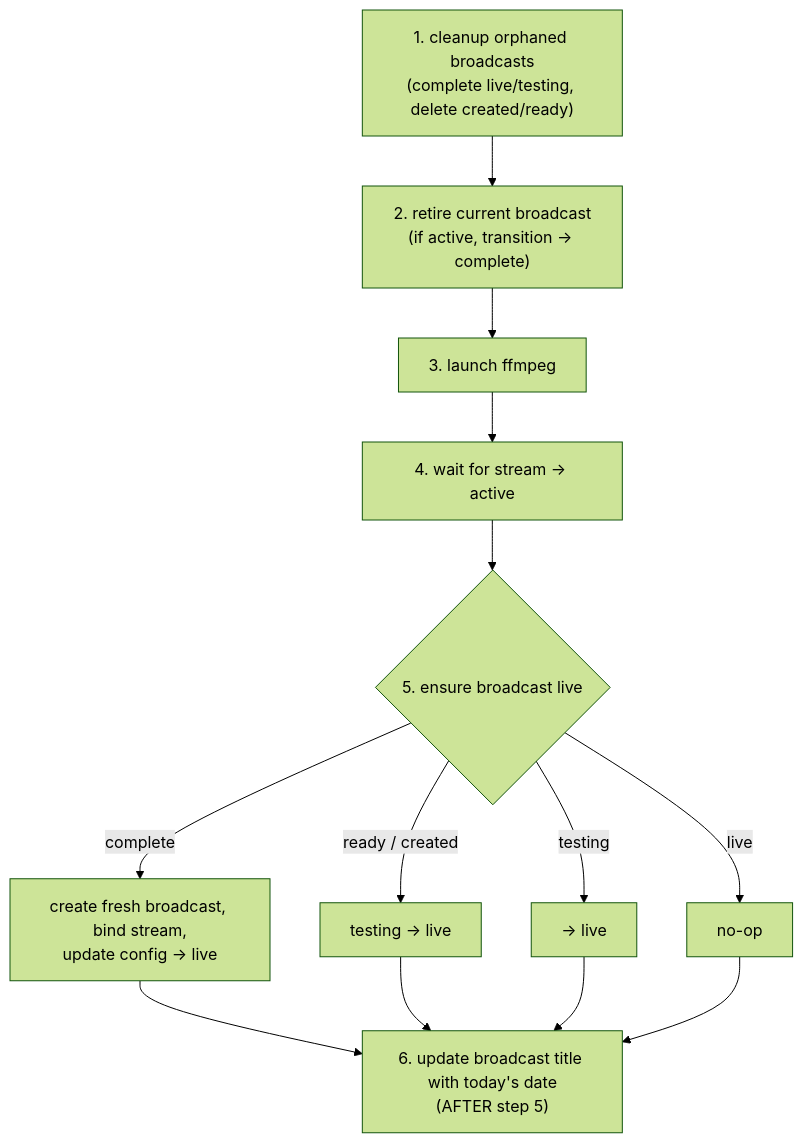
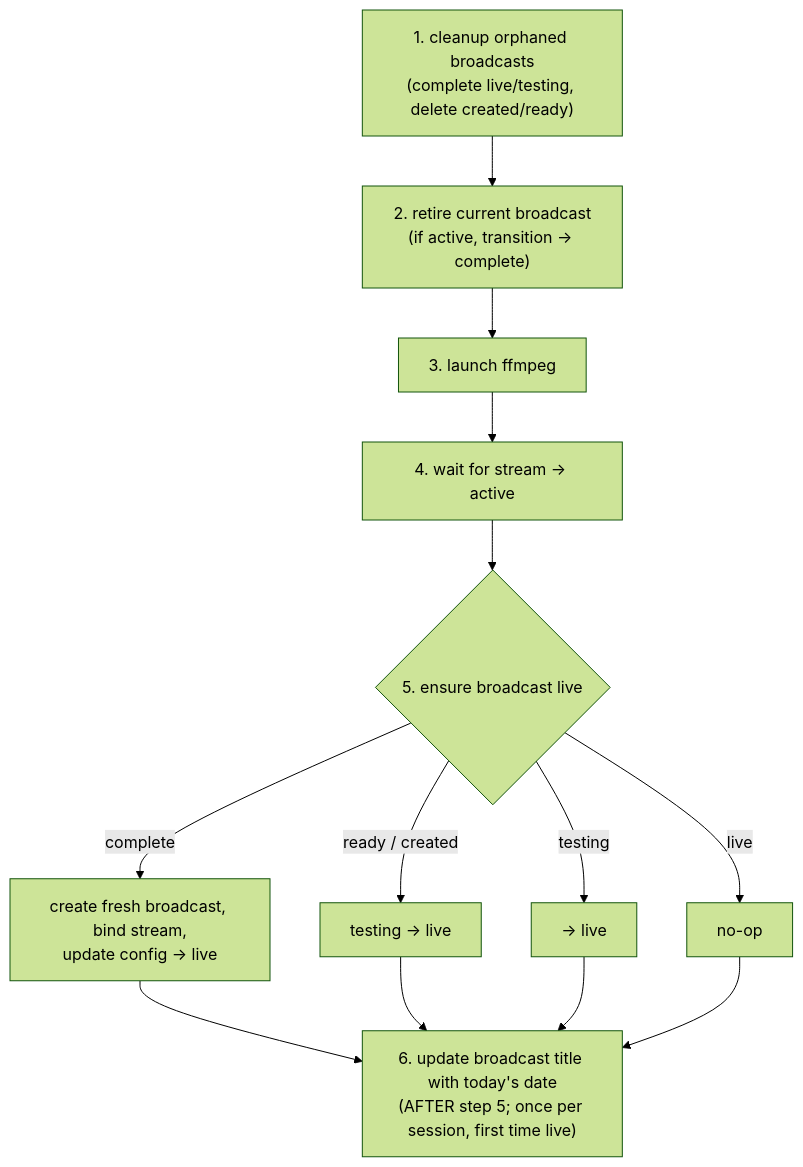
One commit to BCFreeFlight/Stream changed the diagram in docs/broadcast-lifecycle.md. Above: the diagram before and after it, drawn with Mermaid (forest theme). The commit also changed other lines of this file and 17 other files, not shown here.

````diff
--- a/docs/broadcast-lifecycle.md
+++ b/docs/broadcast-lifecycle.md
@@ -49,15 +49,15 @@
 ```mermaid
 flowchart TD
     A["1. cleanup orphaned broadcasts<br/>(complete live/testing, delete created/ready)"] --> B["2. retire current broadcast<br/>(if active, transition → complete)"]
     B --> C[3. launch ffmpeg]
     C --> D[4. wait for stream → active]
     D --> E{5. ensure broadcast live}
     E -->|complete| F[create fresh broadcast, bind stream,<br/>update config → live]
     E -->|ready / created| G[testing → live]
     E -->|testing| H[→ live]
     E -->|live| I[no-op]
-    F --> J["6. update broadcast title with today's date<br/>(AFTER step 5)"]
+    F --> J["6. update broadcast title with today's date<br/>(AFTER step 5; once per session, first time live)"]
     G --> J
     H --> J
     I --> J
 ```
````
